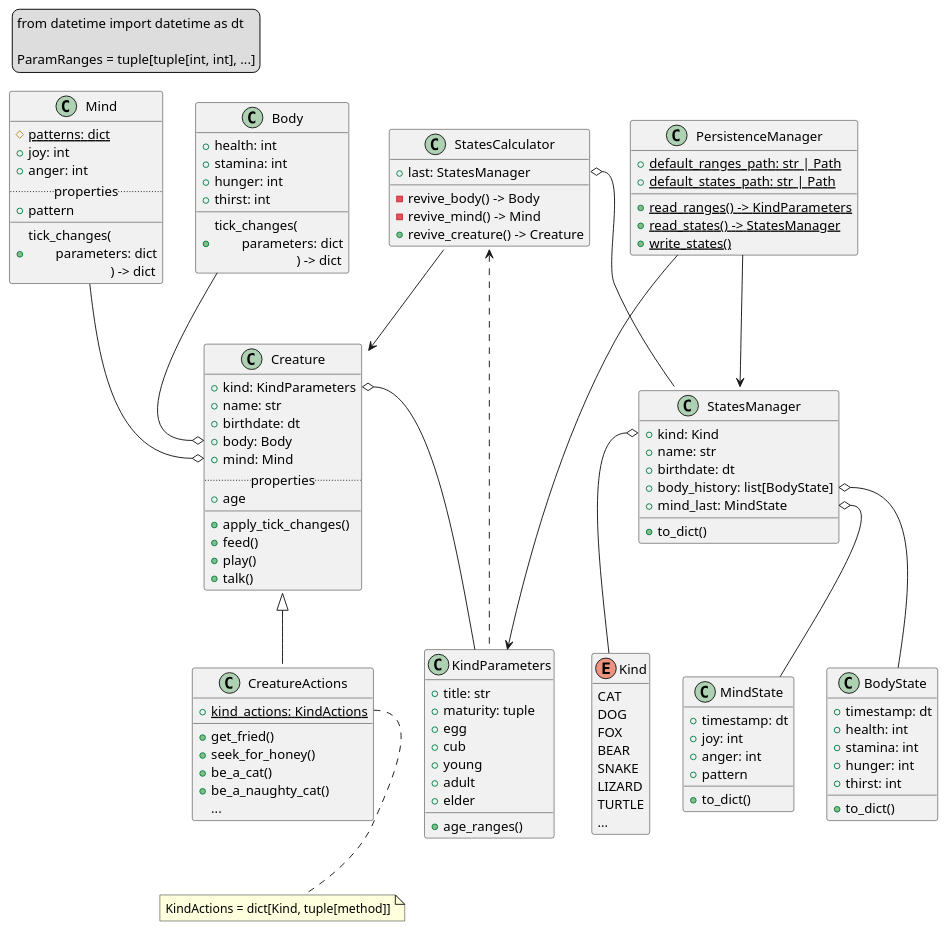
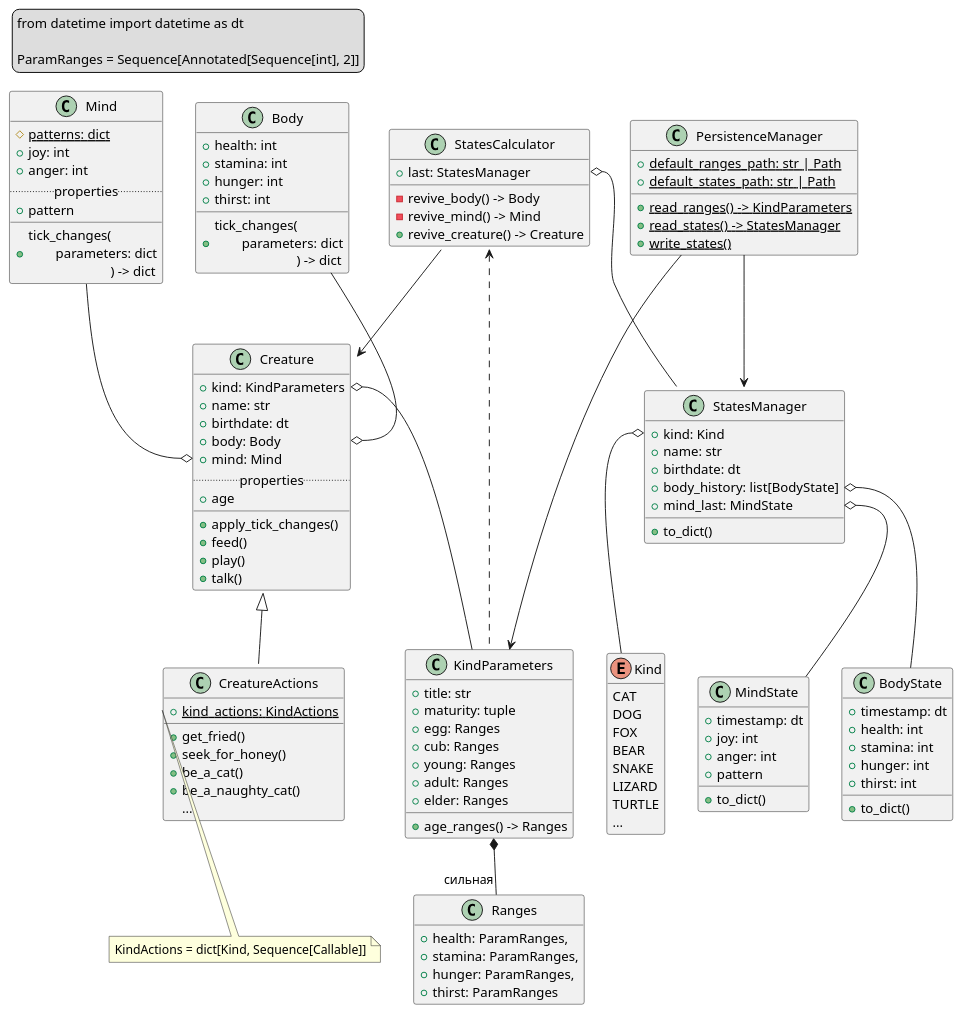
The diagram in model.puml (TOP-Python221/_project2_reference), drawn with PlantUML before and after one commit. The commit also changed 2 other files, not shown here.

Commit message:
класс Ranges, перечислитель Matureness, файл с данными параметрической модели

```diff
--- a/model.puml
+++ b/model.puml
@@ -1,155 +1,164 @@
 @startuml
 
 <style>
     legend {
         FontName Fira Mono
     }
     note {
         FontName Fira Mono
     }
 </style>
 
 
 legend top left
     from datetime import datetime as dt
 
-    ParamRanges = tuple[tuple[int, int], ...]
+    ParamRanges = Sequence[Annotated[Sequence[int], 2]]
 end legend
 
 
 hide enum empty members
 
 enum Kind {
     CAT
     DOG
     FOX
     BEAR
     SNAKE
     LIZARD
     TURTLE
     ...
 }
 
 
 class Creature {
     +kind: KindParameters
     +name: str
     +birthdate: dt
     +body: Body
     +mind: Mind
     ..properties..
     +age
     __
     +apply_tick_changes()
     +feed()
     +play()
     +talk()
 }
 Creature <|-- CreatureActions
 Creature::kind o-- KindParameters
 
 
 class CreatureActions {
     +{static}kind_actions: KindActions
     +get_fried()
     +seek_for_honey()
     +be_a_cat()
     +be_a_naughty_cat()
     {method}...
 }
 note as annotation
-    KindActions = dict[Kind, tuple[method]]
+    KindActions = dict[Kind, Sequence[Callable]]
 end note
 CreatureActions::kind_actions .. annotation
 
 
 class StatesCalculator {
     +last: StatesManager
     -revive_body() -> Body
     -revive_mind() -> Mind
     +revive_creature() -> Creature
 }
 StatesCalculator::last o-- StatesManager
 StatesCalculator --> Creature
 StatesCalculator <.. KindParameters
 
 
 class Body {
     +health: int
     +stamina: int
     +hunger: int
     +thirst: int
     +tick_changes(\n\tparameters: dict\n\t\t\t) -> dict
 }
 Body --o Creature::body
 
 
 class Mind {
     #{static}patterns: dict
     +joy: int
     +anger: int
     ..properties..
     +pattern
     __
     +tick_changes(\n\tparameters: dict\n\t\t\t) -> dict
 }
 Mind --o Creature::mind
 
 
 class BodyState {
     +timestamp: dt
     +health: int
     +stamina: int
     +hunger: int
     +thirst: int
     +to_dict()
 }
 
 
 class MindState {
     +timestamp: dt
     +joy: int
     +anger: int
     +pattern
     +to_dict()
 }
 
 
 class StatesManager {
     +kind: Kind
     +name: str
     +birthdate: dt
     +body_history: list[BodyState]
     +mind_last: MindState
     +to_dict()
 }
 StatesManager::kind o-- Kind
 StatesManager::mind_last o-- MindState
 StatesManager::body_history o-- BodyState
 
 
 class KindParameters {
     +title: str
     +maturity: tuple
-    +egg
-    +cub
-    +young
-    +adult
-    +elder
-    +age_ranges()
+    +egg: Ranges
+    +cub: Ranges
+    +young: Ranges
+    +adult: Ranges
+    +elder: Ranges
+    +age_ranges() -> Ranges
 }
+KindParameters *-- "сильная" Ranges
 
+
+hide Ranges empty methods
+class Ranges {
+    +health: ParamRanges,
+    +stamina: ParamRanges,
+    +hunger: ParamRanges,
+    +thirst: ParamRanges
+}
 
 
 class PersistenceManager {
     +{static}default_ranges_path: str | Path
     +{static}default_states_path: str | Path
     +{static}read_ranges() -> KindParameters
     +{static}read_states() -> StatesManager
     +{static}write_states()
 }
 PersistenceManager --> StatesManager
 PersistenceManager --> KindParameters
 
 
 @enduml
```
